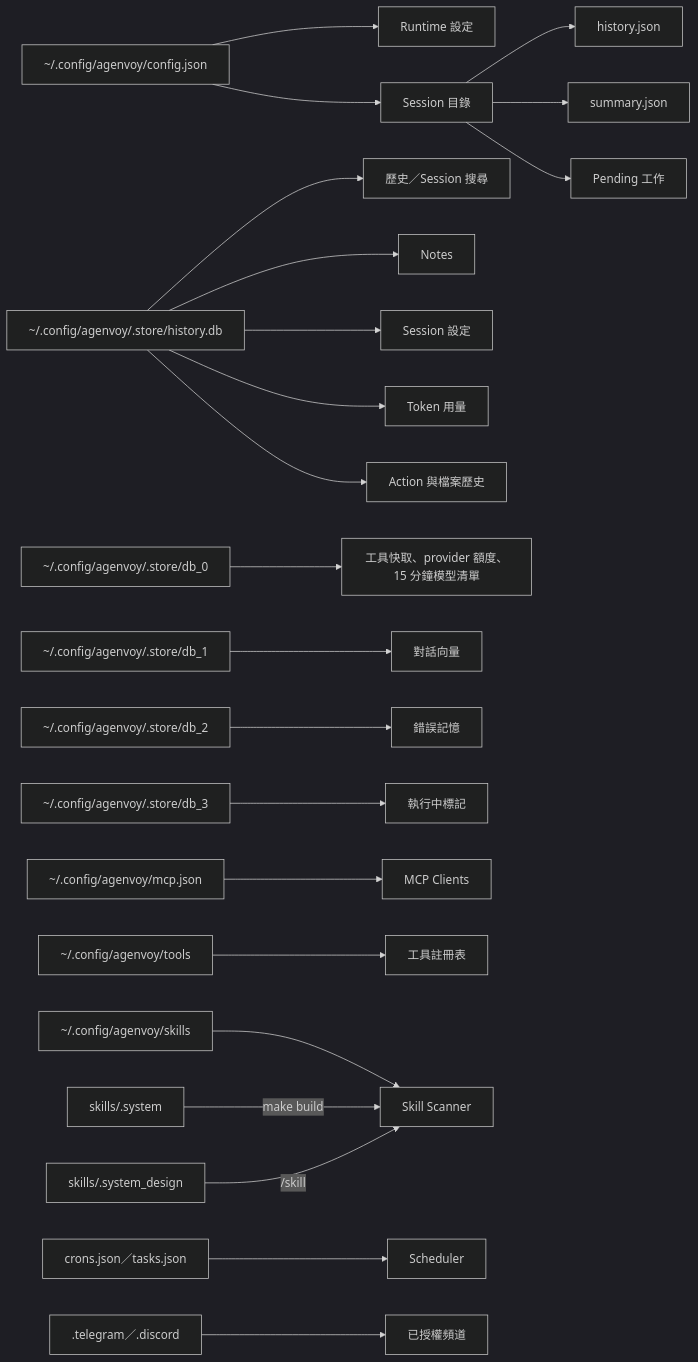
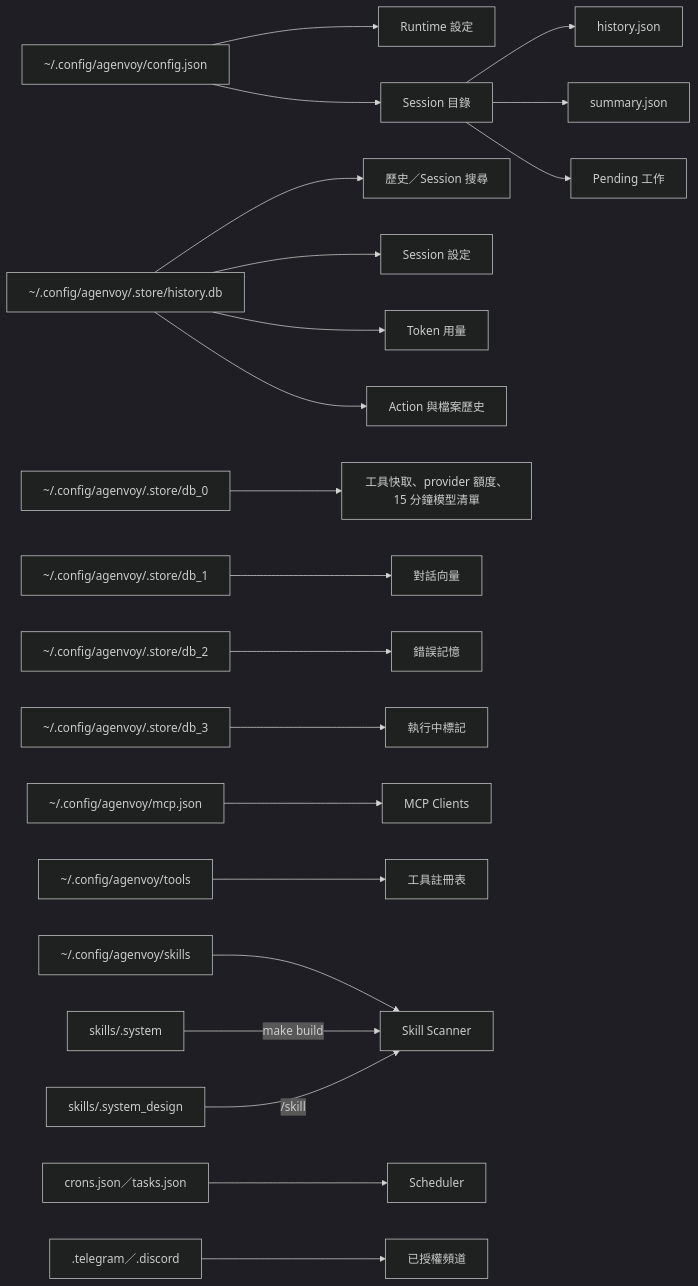
One commit to agenvoy/Agenvoy changed the ninth of 9 diagrams in doc/architecture.zh.md. Above: the diagram before and after it, drawn with Mermaid (dark theme). The commit also changed other lines of this file and 5 other files, not shown here.

````diff
--- a/doc/architecture.zh.md
+++ b/doc/architecture.zh.md
@@ -191,24 +194,23 @@
 ```mermaid
 flowchart LR
     Config[~/.config/agenvoy/config.json] --> Runtime[Runtime 設定]
     Config --> Sessions[Session 目錄]
     Sessions --> History[history.json]
     Sessions --> Summary[summary.json]
     Sessions --> Pending[Pending 工作]
     SQLite[~/.config/agenvoy/.store/history.db] --> Search[歷史／Session 搜尋]
-    SQLite --> Notes[Notes]
     SQLite --> SessionConfig[Session 設定]
     SQLite --> Usage[Token 用量]
     SQLite --> ActionHistory[Action 與檔案歷史]
     Torii0[~/.config/agenvoy/.store/db_0] --> ToolCache[工具快取、provider 額度、15 分鐘模型清單]
     Torii1[~/.config/agenvoy/.store/db_1] --> SessionMemory[對話向量]
     Torii2[~/.config/agenvoy/.store/db_2] --> ErrorMemory[錯誤記憶]
     Torii3[~/.config/agenvoy/.store/db_3] --> Online[執行中標記]
     MCP[~/.config/agenvoy/mcp.json] --> MCPClients[MCP Clients]
     Tools[~/.config/agenvoy/tools] --> Registry[工具註冊表]
     Skills[~/.config/agenvoy/skills] --> Scanner[Skill Scanner]
     SystemSkills[skills/.system] -->|make build| Scanner
     DesignSkills[skills/.system_design] -->|/skill| Scanner
     Schedules[crons.json／tasks.json] --> Scheduler[Scheduler]
     Auth[.telegram／.discord] --> Channels[已授權頻道]
 ```
````
